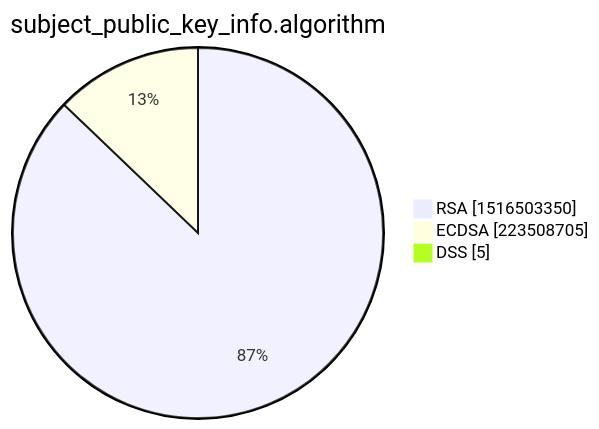
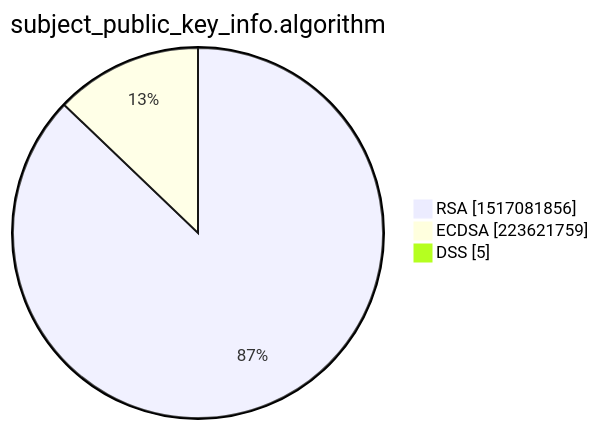
One commit to christiankrug/ctmonitor_visualization changed the third of 15 diagrams in xenon2022/README.md. Above: the diagram before and after it, drawn with Mermaid. The commit also changed other lines of this file, not shown here.

````diff
--- a/xenon2022/README.md
+++ b/xenon2022/README.md
@@ -14,7 +14,7 @@
 ```mermaid
 pie showData
 title subject_public_key_info.algorithm
-"RSA" :1516503350
-"ECDSA" :223508705
+"RSA" :1517081856
+"ECDSA" :223621759
 "DSS" :5
 ```
````
